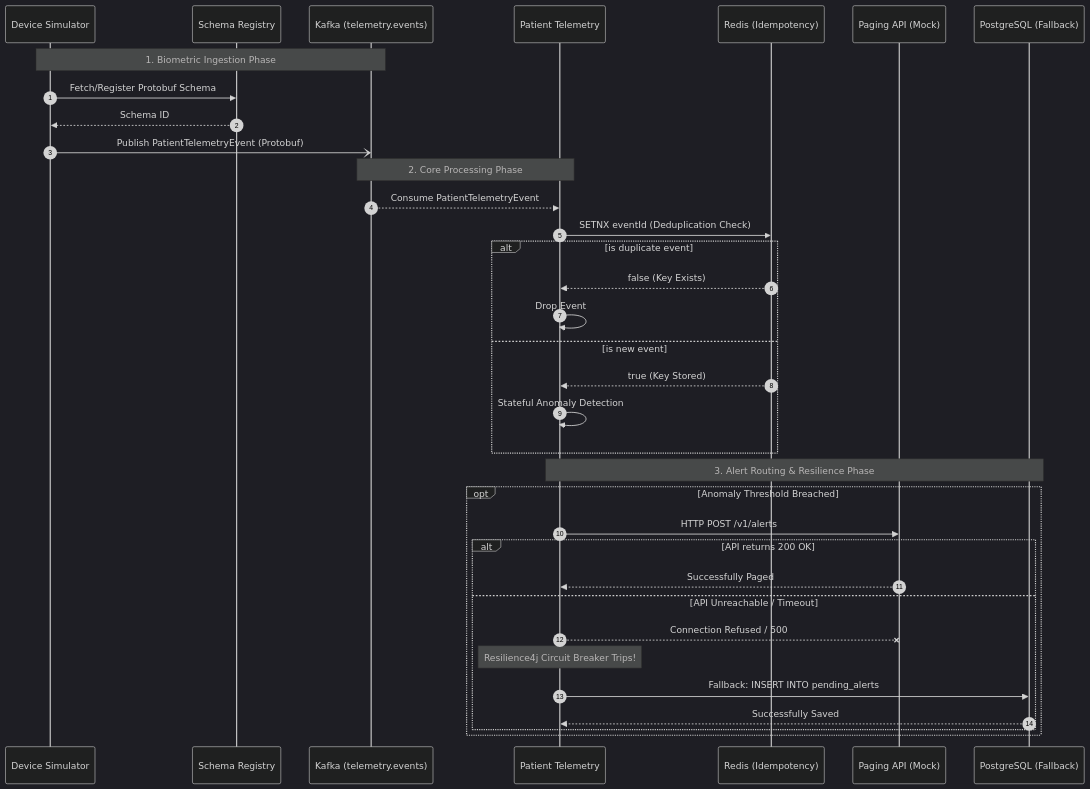
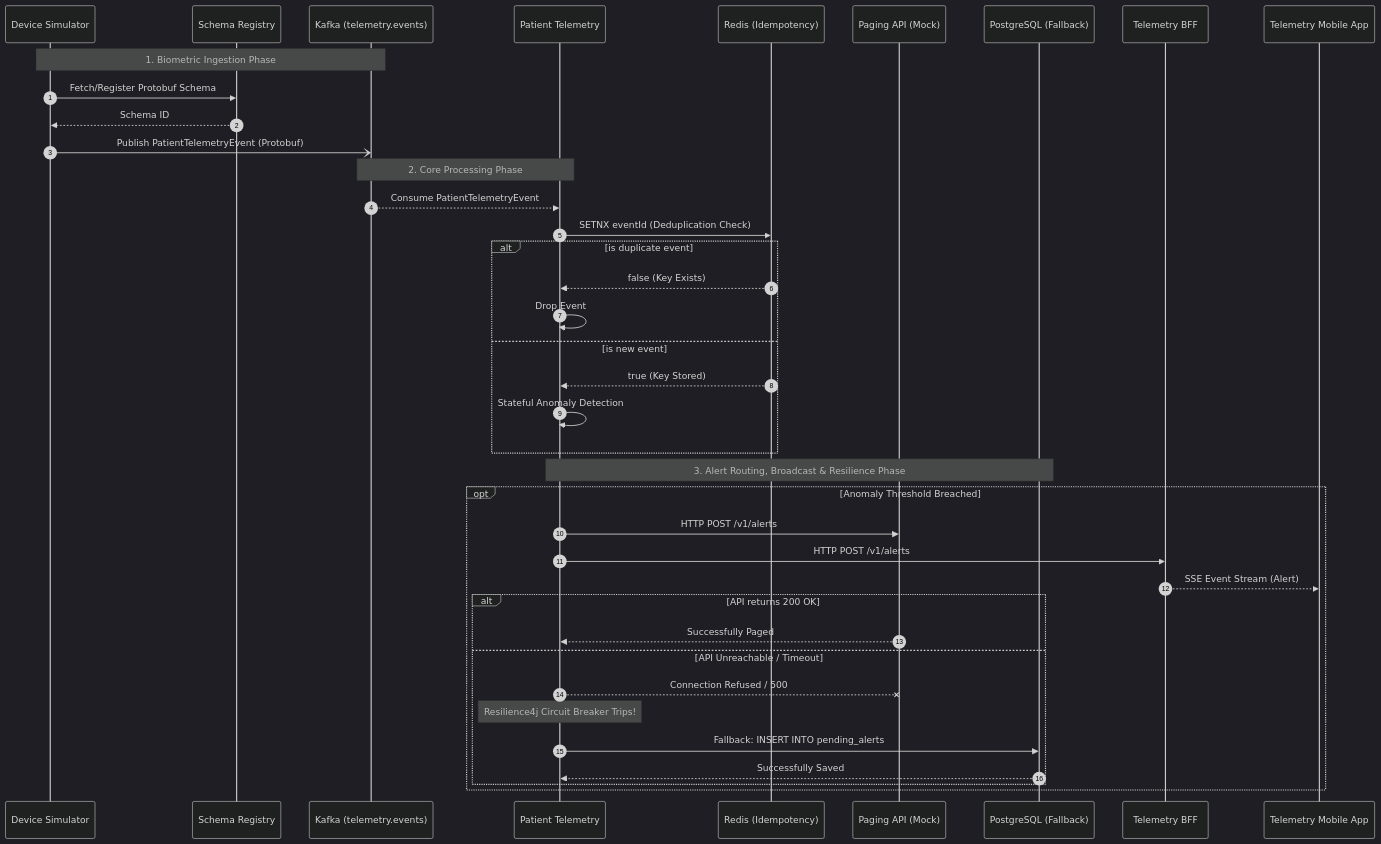
The diagram in SYSTEM_SEQUENCE_DIAGRAM.md (jvalsesia/telemetry-system), drawn with Mermaid (dark theme) before and after one commit. The commit also changed 28 other files, not shown here.

Commit message:
Updated the telemetry-mobile

````diff
--- a/SYSTEM_SEQUENCE_DIAGRAM.md
+++ b/SYSTEM_SEQUENCE_DIAGRAM.md
@@ -5,46 +5,51 @@
 ```mermaid
 sequenceDiagram
     autonumber
     
     participant DS as Device Simulator
     participant SR as Schema Registry
     participant K as Kafka (telemetry.events)
     participant PT as Patient Telemetry
     participant R as Redis (Idempotency)
     participant API as Paging API (Mock)
     participant DB as PostgreSQL (Fallback)
+    participant BFF as Telemetry BFF
+    participant Mob as Telemetry Mobile App
 
     %% Scenario 1: Telemetry Generation & Ingestion
     Note over DS, K: 1. Biometric Ingestion Phase
     DS->>SR: Fetch/Register Protobuf Schema
     SR-->>DS: Schema ID
     DS-)K: Publish PatientTelemetryEvent (Protobuf)
     
     %% Scenario 2: Processing & Deduplication
     Note over K, PT: 2. Core Processing Phase
     K-->>PT: Consume PatientTelemetryEvent
     
     PT->>R: SETNX eventId (Deduplication Check)
     alt is duplicate event
         R-->>PT: false (Key Exists)
         PT->>PT: Drop Event
     else is new event
         R-->>PT: true (Key Stored)
         PT->>PT: Stateful Anomaly Detection 
     end
     
-    %% Scenario 3: Paging & Resilience
-    Note over PT, DB: 3. Alert Routing & Resilience Phase
+    %% Scenario 3: Paging, Broadcasting & Resilience
+    Note over PT, DB: 3. Alert Routing, Broadcast & Resilience Phase
     opt Anomaly Threshold Breached
         PT->>API: HTTP POST /v1/alerts
+        PT->>BFF: HTTP POST /v1/alerts
+        BFF-->>Mob: SSE Event Stream (Alert)
         
+
         alt API returns 200 OK
             API-->>PT: Successfully Paged
         else API Unreachable / Timeout
             PT--xAPI: Connection Refused / 500
             Note over PT: Resilience4j Circuit Breaker Trips!
             PT->>DB: Fallback: INSERT INTO pending_alerts
             DB-->>PT: Successfully Saved
         end
     end
 ```
````
